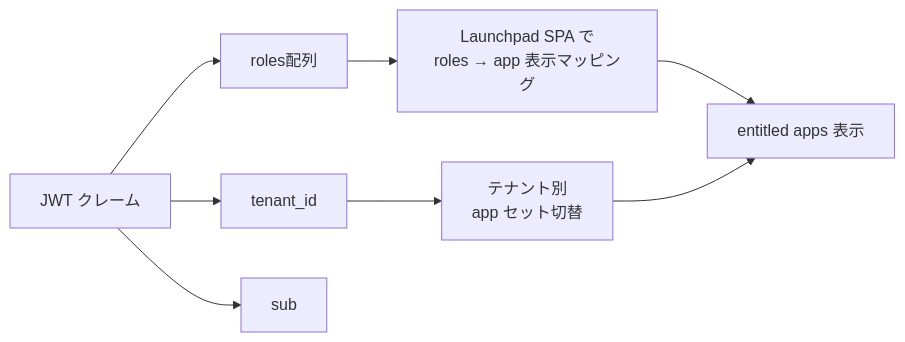
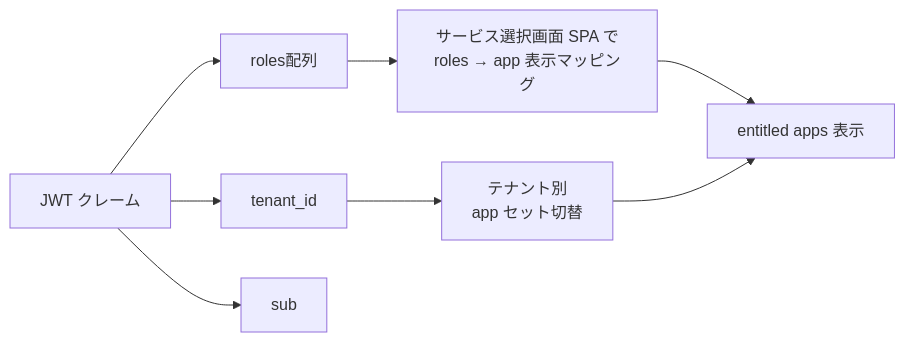
One commit to suepie/aws-atuh-poc changed the third of 4 diagrams in doc/adr/021-post-login-landing-ux.md. Above: the diagram before and after it, drawn with Mermaid. The commit also changed other lines of this file and 53 other files, not shown here.

````diff
--- a/doc/adr/021-post-login-landing-ux.md
+++ b/doc/adr/021-post-login-landing-ux.md
@@ -182,12 +182,12 @@
 ```mermaid
 flowchart LR
     JWT[JWT クレーム] --> Roles[roles配列]
     JWT --> TenantId[tenant_id]
     JWT --> Sub[sub]
 
-    Roles --> Match[Launchpad SPA で<br/>roles → app 表示マッピング]
+    Roles --> Match[サービス選択画面 SPA で<br/>roles → app 表示マッピング]
     TenantId --> Filter[テナント別<br/>app セット切替]
 
     Match --> Visible[entitled apps 表示]
     Filter --> Visible
 ```
````
